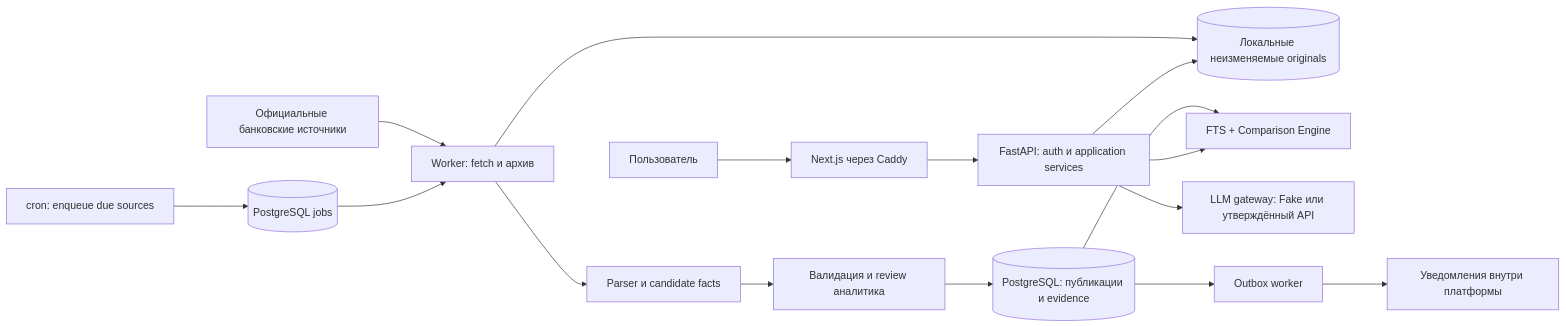
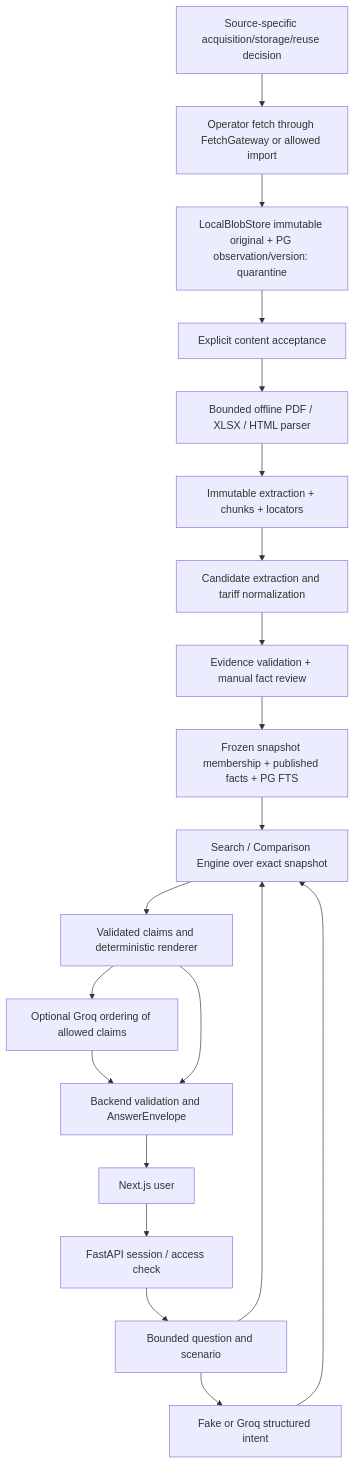
The diagram in docs/architecture/OVERVIEW.md (KulikovKA/banking-salary-intelligence-platform), drawn with Mermaid before and after one commit. The commit also changed other lines of this file and 252 other files, not shown here.

Commit message:
Rebase architecture and Codex execution plan on fixed four-bank snapshot

````diff
--- a/docs/architecture/OVERVIEW.md
+++ b/docs/architecture/OVERVIEW.md
@@ -9,16 +45,22 @@
 ```mermaid
-flowchart LR
- B[Официальные банковские источники] --> F[Worker: fetch и архив]
- S[cron: enqueue due sources] --> J[(PostgreSQL jobs)] --> F
- F --> A[(Локальные неизменяемые originals)]
- F --> P[Parser и candidate facts]
- P --> R[Валидация и review аналитика]
- R --> D[(PostgreSQL: публикации и evidence)]
- D --> E[FTS + Comparison Engine]
- U[Пользователь] --> N[Next.js через Caddy]
- N --> API[FastAPI: auth и application services]
- API --> E
- API --> L[LLM gateway: Fake или утверждённый API]
- API --> A
- D --> O[Outbox worker] --> I[Уведомления внутри платформы]
+flowchart TD
+    P[Source-specific acquisition/storage/reuse decision] --> A[Operator fetch through FetchGateway or allowed import]
+    A --> B[LocalBlobStore immutable original + PG observation/version: quarantine]
+    B --> C[Explicit content acceptance]
+    C --> D[Bounded offline PDF / XLSX / HTML parser]
+    D --> E[Immutable extraction + chunks + locators]
+    E --> F[Candidate extraction and tariff normalization]
+    F --> V[Evidence validation + manual fact review]
+    V --> S[Frozen snapshot membership + published facts + PG FTS]
+    U[Next.js user] --> AU[FastAPI session / access check]
+    AU --> Q[Bounded question and scenario]
+    Q --> R[Search / Comparison Engine over exact snapshot]
+    S --> R
+    Q --> L[Fake or Groq structured intent]
+    L --> R
+    R --> X[Validated claims and deterministic renderer]
+    X --> L2[Optional Groq ordering of allowed claims]
+    L2 --> Y[Backend validation and AnswerEnvelope]
+    X --> Y
+    Y --> U
 ```
````
